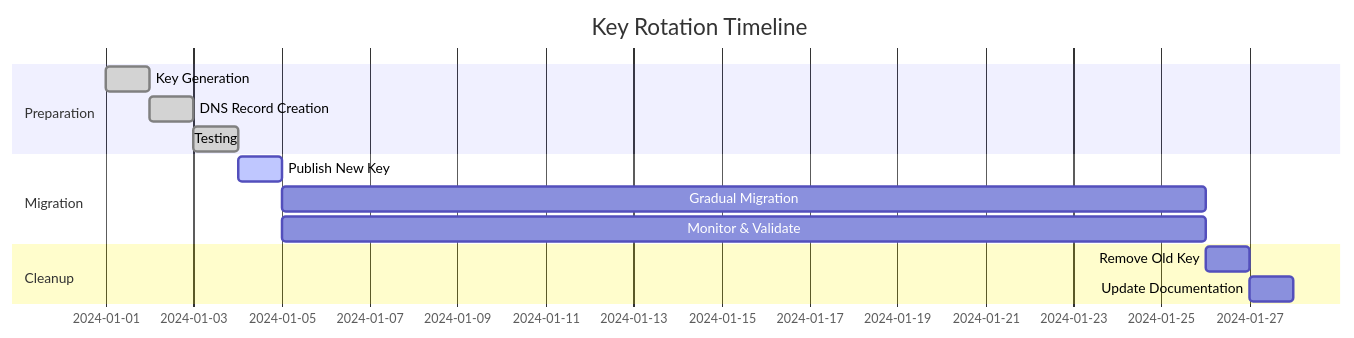
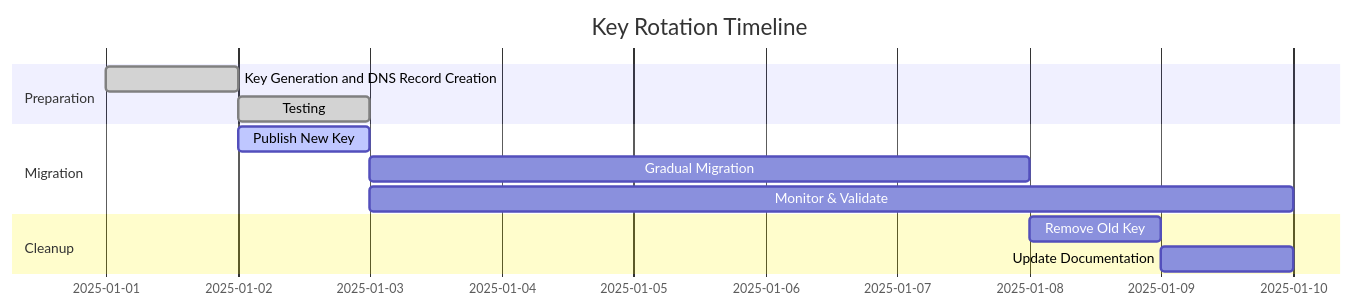
One commit to openbtps/btps-node changed the second of 2 diagrams in docs/docusaurus/docs/protocol/keyRotation.md. Above: the diagram before and after it, drawn with Mermaid. The commit also changed other lines of this file and 49 other files, not shown here.

````diff
--- a/docs/docusaurus/docs/protocol/keyRotation.md
+++ b/docs/docusaurus/docs/protocol/keyRotation.md
@@ -303,16 +303,15 @@
 ```mermaid
 gantt
     title Key Rotation Timeline
     dateFormat  YYYY-MM-DD
     section Preparation
-    Key Generation           :done, keygen, 2024-01-01, 1d
-    DNS Record Creation      :done, dns, after keygen, 1d
-    Testing                  :done, test, after dns, 1d
+    Key Generation and DNS Record Creation         :done, keygen, 2025-01-01, 1d
+    Testing                  :done, test, after keygen, 1d
     section Migration
-    Publish New Key          :active, publish, 2024-01-04, 1d
-    Gradual Migration        :migration, after publish, 21d
-    Monitor & Validate       :monitor, after publish, 21d
+    Publish New Key          :active, publish, 2025-01-02, 1d
+    Gradual Migration        :migration, after publish, 5d
+    Monitor & Validate       :monitor, after publish, 7d
     section Cleanup
     Remove Old Key           :cleanup, after migration, 1d
     Update Documentation     :docs, after cleanup, 1d
 ```
````
